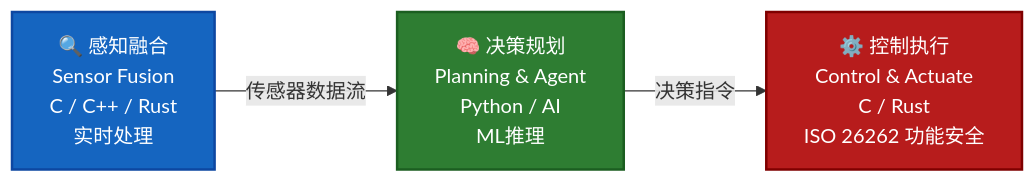
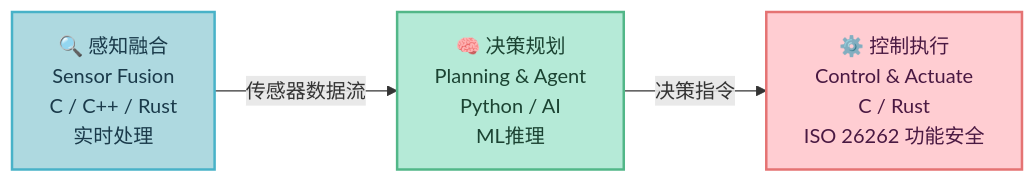
The first of 4 diagrams in source/_posts/2026-04-15-automotive-soc-agent-language-analysis.md (xuqi2024/xuqi2024.github.io), drawn with Mermaid before and after one commit. The commit also changed other lines of this file and 3 other files, not shown here.

First line of the commit message:
style: 将所有 Mermaid 图表配色改为马卡龙色系，修复节点换行显示

````diff
--- a/source/_posts/2026-04-15-automotive-soc-agent-language-analysis.md
+++ b/source/_posts/2026-04-15-automotive-soc-agent-language-analysis.md
@@ -31,13 +31,13 @@
 ```mermaid
 graph LR
     SF["🔍 感知融合<br/>Sensor Fusion<br/>C / C++ / Rust<br/>实时处理"]
     PP["🧠 决策规划<br/>Planning & Agent<br/>Python / AI<br/>ML推理"]
     CA["⚙️ 控制执行<br/>Control & Actuate<br/>C / Rust<br/>ISO 26262 功能安全"]
 
     SF -->|"传感器数据流"| PP
     PP -->|"决策指令"| CA
 
-    style SF fill:#1565C0,color:#fff,stroke:#0D47A1,stroke-width:2px
-    style PP fill:#2E7D32,color:#fff,stroke:#1B5E20,stroke-width:2px
-    style CA fill:#B71C1C,color:#fff,stroke:#7F0000,stroke-width:2px
+    style SF fill:#AED9E0,color:#1A3A4A,stroke:#48B2C8,stroke-width:2px
+    style PP fill:#B5EAD7,color:#1B4332,stroke:#52B788,stroke-width:2px
+    style CA fill:#FFCDD2,color:#4A1942,stroke:#E57373,stroke-width:2px
 ```
````
